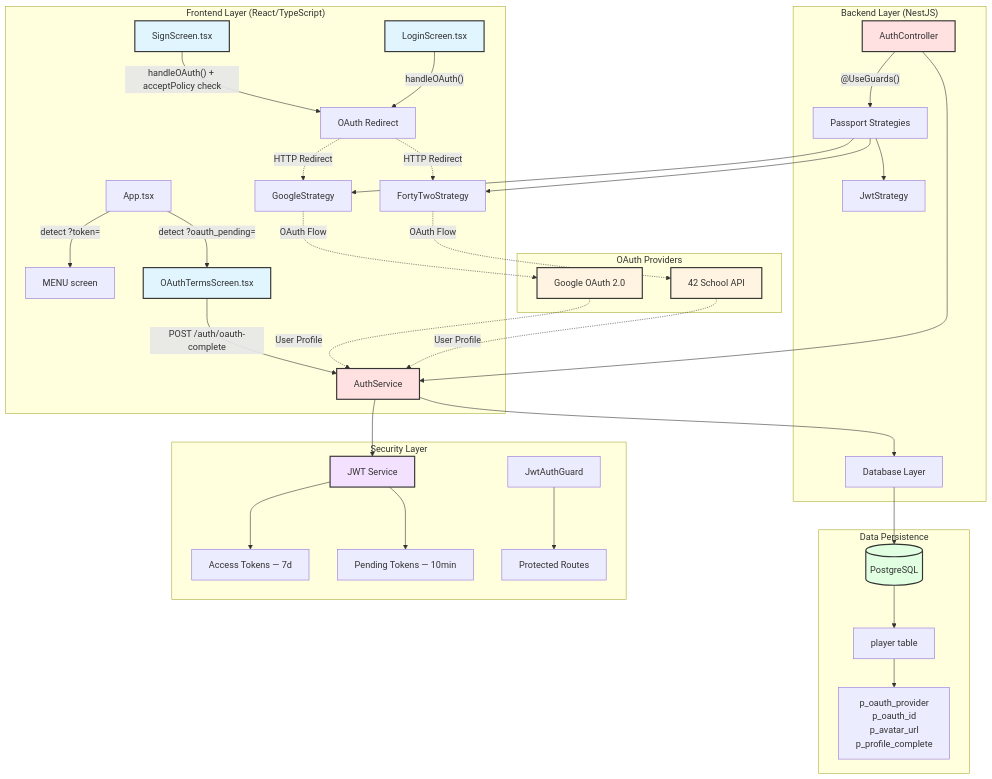
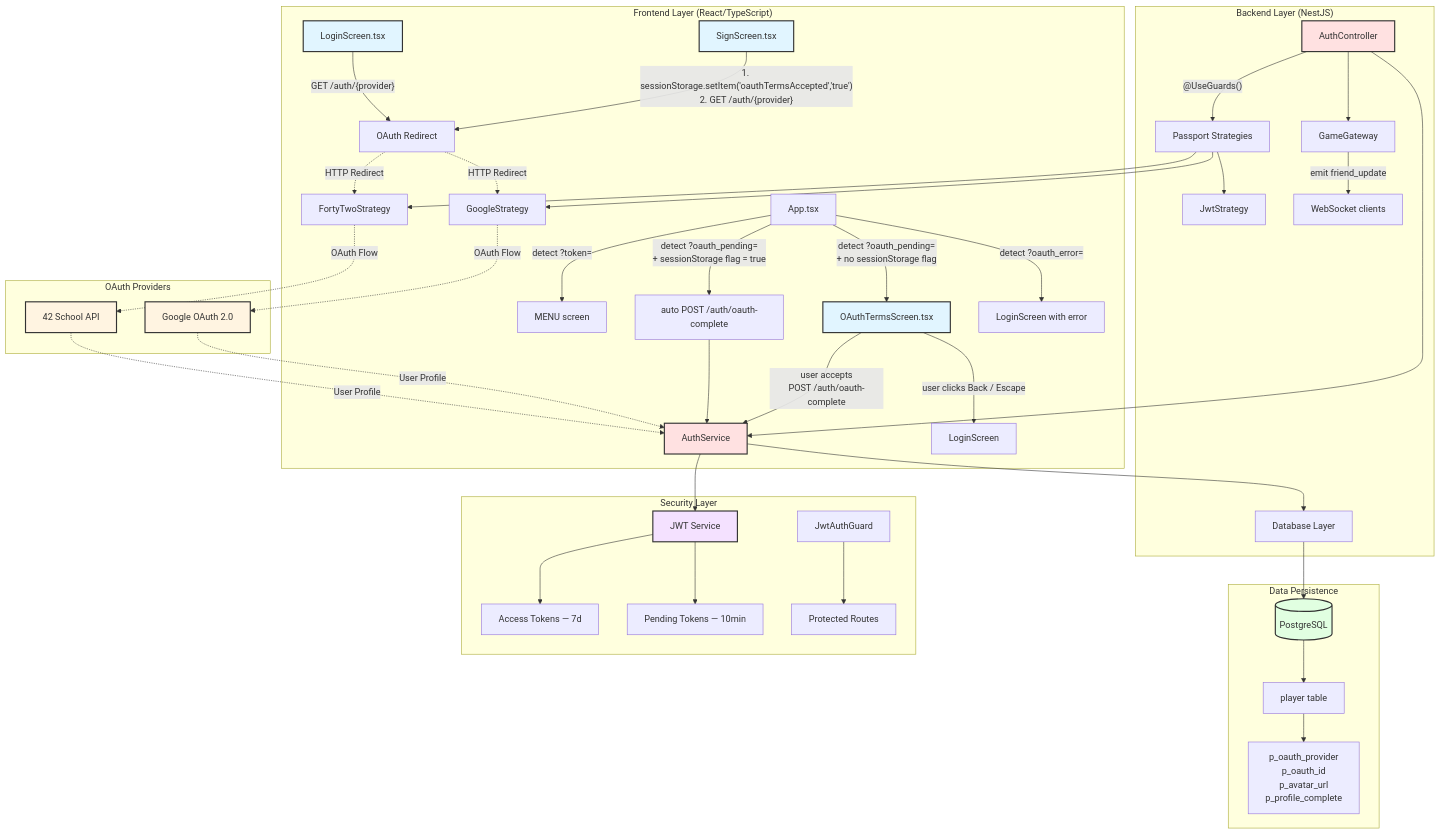
One commit to BlasLezo1741/TRANSCENDENCE changed the second of 2 diagrams in srcs/backend/doc/OAUTH_DOCUMENTATION.md. Above: the diagram before and after it, drawn with Mermaid. The commit also changed other lines of this file and 4 other files, not shown here.

First line of the commit message:
fix(OAuth): Improved acceptance of terms of a new OAuth user. Flow from login and sign in

````diff
--- a/srcs/backend/doc/OAUTH_DOCUMENTATION.md
+++ b/srcs/backend/doc/OAUTH_DOCUMENTATION.md
@@ -77,54 +114,60 @@
 ```mermaid
 graph TD
     subgraph "Frontend Layer (React/TypeScript)"
-        A[SignScreen.tsx] -- "handleOAuth() + acceptPolicy check" --> C[OAuth Redirect]
-        B[LoginScreen.tsx] -- "handleOAuth()" --> C
+        A[SignScreen.tsx] -- "1. sessionStorage.setItem('oauthTermsAccepted','true')\n2. GET /auth/{provider}" --> C[OAuth Redirect]
+        B[LoginScreen.tsx] -- "GET /auth/{provider}" --> C
         C -.->|"HTTP Redirect"| G1
         C -.->|"HTTP Redirect"| G2
         APP[App.tsx] -- "detect ?token=" --> MENU[MENU screen]
-        APP -- "detect ?oauth_pending=" --> OT[OAuthTermsScreen.tsx]
-        OT -- "POST /auth/oauth-complete" --> H
+        APP -- "detect ?oauth_pending=\n+ sessionStorage flag = true" --> AUTOCOMPLETE[auto POST /auth/oauth-complete]
+        APP -- "detect ?oauth_pending=\n+ no sessionStorage flag" --> OT[OAuthTermsScreen.tsx]
+        APP -- "detect ?oauth_error=" --> LOGIN_ERR[LoginScreen with error]
+        OT -- "user accepts\nPOST /auth/oauth-complete" --> H
+        OT -- "user clicks Back / Escape" --> LOGIN_BACK[LoginScreen]
+        AUTOCOMPLETE --> H
     end
 
     subgraph "Backend Layer (NestJS)"
         F[AuthController] -- "@UseGuards()" --> G[Passport Strategies]
         G --> G1[GoogleStrategy]
         G --> G2[FortyTwoStrategy]
         G --> G3[JwtStrategy]
         F --> H[AuthService]
         H --> I[Database Layer]
+        F --> GW[GameGateway]
+        GW -- "emit friend_update" --> WS[WebSocket clients]
     end
 
     subgraph "OAuth Providers"
         J[Google OAuth 2.0]
         K[42 School API]
     end
 
     subgraph "Data Persistence"
         I --> L[(PostgreSQL)]
         L --> M[player table]
-        M --> N["p_oauth_provider<br/>p_oauth_id<br/>p_avatar_url<br/>p_profile_complete"]
+        M --> N["p_oauth_provider\np_oauth_id\np_avatar_url\np_profile_complete"]
     end
 
     subgraph "Security Layer"
         O[JWT Service] --> P[Access Tokens — 7d]
         O --> PP[Pending Tokens — 10min]
         R[JwtAuthGuard] --> S[Protected Routes]
     end
 
     G1 -.->|"OAuth Flow"| J
     G2 -.->|"OAuth Flow"| K
     J -.->|"User Profile"| H
     K -.->|"User Profile"| H
     H --> O
 
     style A fill:#e1f5ff,stroke:#333,stroke-width:2px
     style B fill:#e1f5ff,stroke:#333,stroke-width:2px
     style OT fill:#e1f5ff,stroke:#333,stroke-width:2px
     style F fill:#ffe1e1,stroke:#333,stroke-width:2px
     style H fill:#ffe1e1,stroke:#333,stroke-width:2px
     style J fill:#fff4e1,stroke:#333,stroke-width:2px
     style K fill:#fff4e1,stroke:#333,stroke-width:2px
     style L fill:#e1ffe1,stroke:#333,stroke-width:2px
     style O fill:#f4e1ff,stroke:#333,stroke-width:2px
 ```
````
